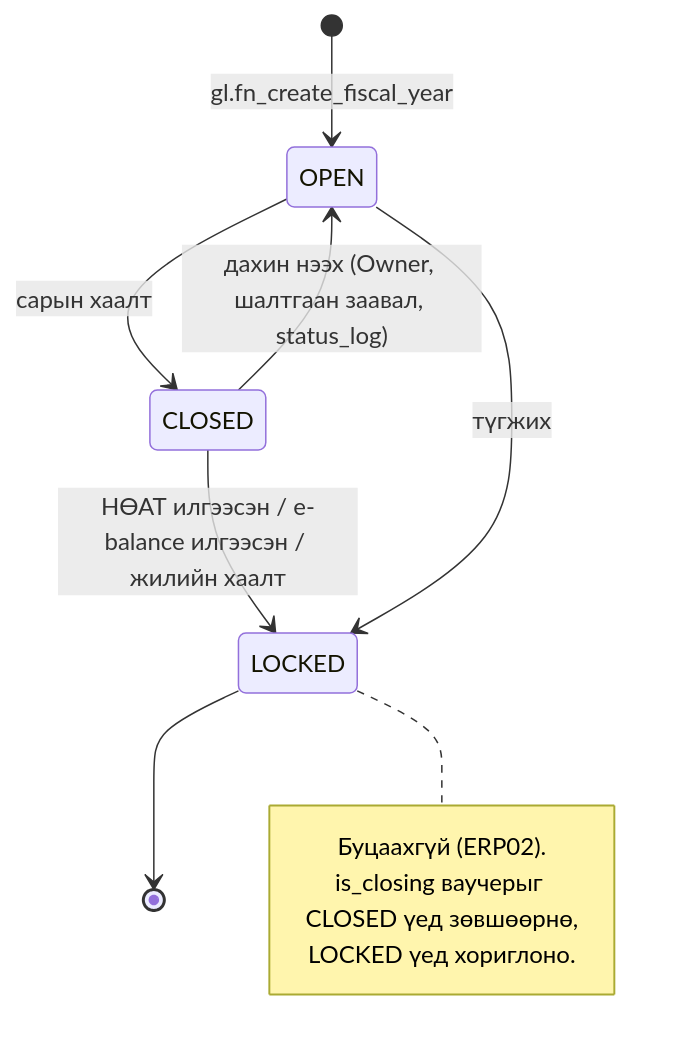
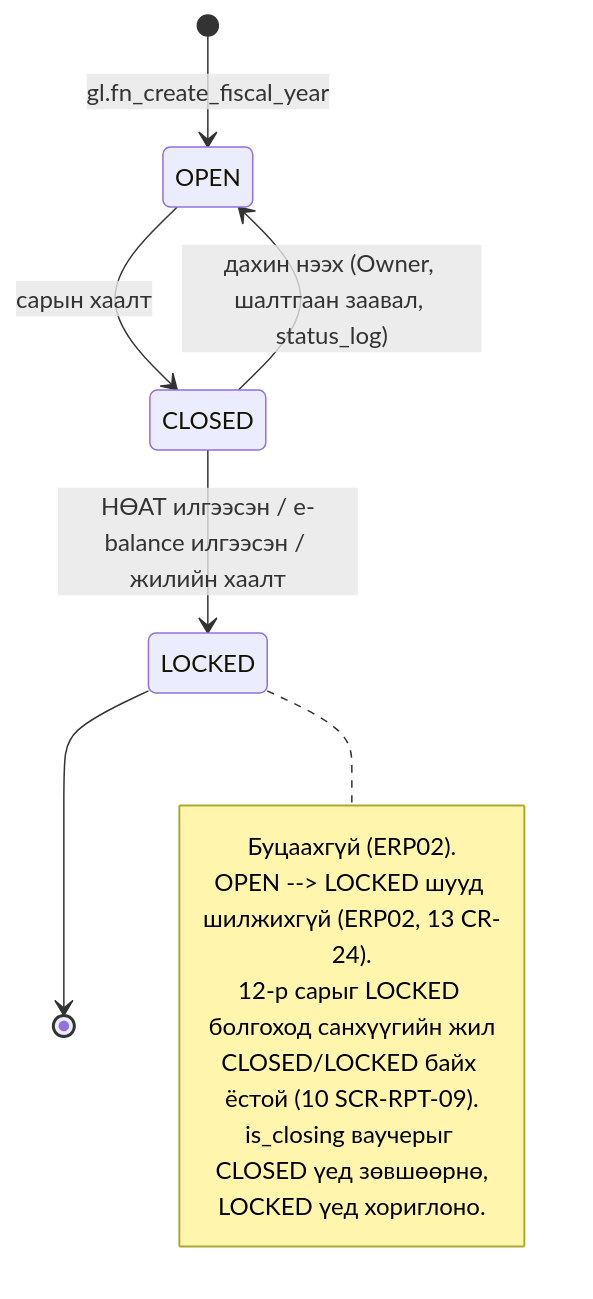
Diagram 13 of 15 in docs/features/mn-micro-erp/03-domain-model.md (taigiiz/BCApps), drawn with Mermaid before and after one commit. The commit also changed other lines of this file and 65 other files, not shown here.

````diff
--- a/docs/features/mn-micro-erp/03-domain-model.md
+++ b/docs/features/mn-micro-erp/03-domain-model.md
@@ -555,14 +592,16 @@
 ```mermaid
 stateDiagram-v2
     [*] --> OPEN : gl.fn_create_fiscal_year
     OPEN --> CLOSED : сарын хаалт
     CLOSED --> OPEN : дахин нээх (Owner, шалтгаан заавал, status_log)
     CLOSED --> LOCKED : НӨАТ илгээсэн / e-balance илгээсэн / жилийн хаалт
-    OPEN --> LOCKED : түгжих
     LOCKED --> [*]
     note right of LOCKED
         Буцаахгүй (ERP02).
+        OPEN --> LOCKED шууд шилжихгүй (ERP02, 13 CR-24).
+        12-р сарыг LOCKED болгоход санхүүгийн жил
+        CLOSED/LOCKED байх ёстой (10 SCR-RPT-09).
         is_closing ваучерыг CLOSED үед зөвшөөрнө,
         LOCKED үед хориглоно.
     end note
 ```
````
